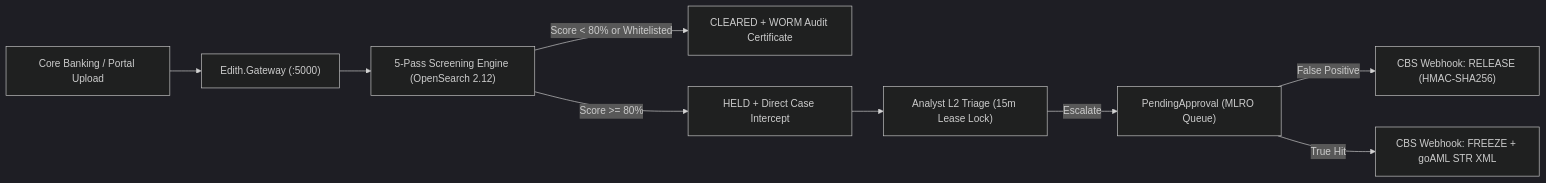
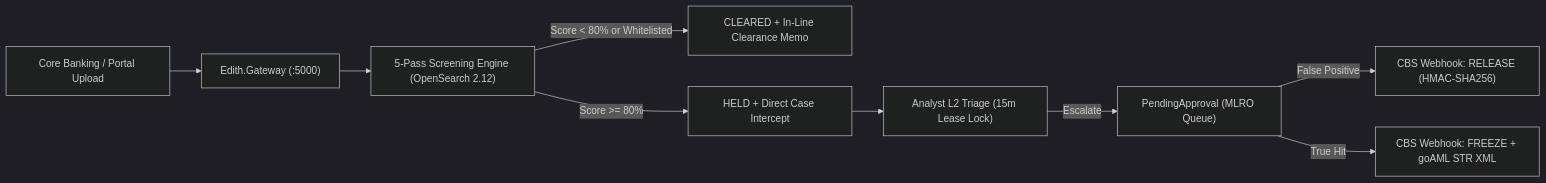
The diagram in MD_DOC/EDITH_END_TO_END_WORKPLAN_v2.0.md (ju5tin8924/EDITH), drawn with Mermaid (dark theme) before and after one commit. The commit also changed other lines of this file and 4 other files, not shown here.

Commit message:
feat(screening): implement Phase 11 - Target-Type Personas, In-Line Audit Adjudication Slip, KYC 360 Bridge, and Onboarding Clearance Memo

````diff
--- a/MD_DOC/EDITH_END_TO_END_WORKPLAN_v2.0.md
+++ b/MD_DOC/EDITH_END_TO_END_WORKPLAN_v2.0.md
@@ -30,11 +31,11 @@
 ```mermaid
 flowchart LR
     A["Core Banking / Portal Upload"] --> B["Edith.Gateway (:5000)"]
     B --> C["5-Pass Screening Engine (OpenSearch 2.12)"]
-    C -->|Score < 80% or Whitelisted| D["CLEARED + WORM Audit Certificate"]
+    C -->|Score < 80% or Whitelisted| D["CLEARED + In-Line Clearance Memo"]
     C -->|Score >= 80%| E["HELD + Direct Case Intercept"]
     E --> F["Analyst L2 Triage (15m Lease Lock)"]
     F -->|Escalate| G["PendingApproval (MLRO Queue)"]
     G -->|False Positive| H["CBS Webhook: RELEASE (HMAC-SHA256)"]
     G -->|True Hit| I["CBS Webhook: FREEZE + goAML STR XML"]
 ```
````
